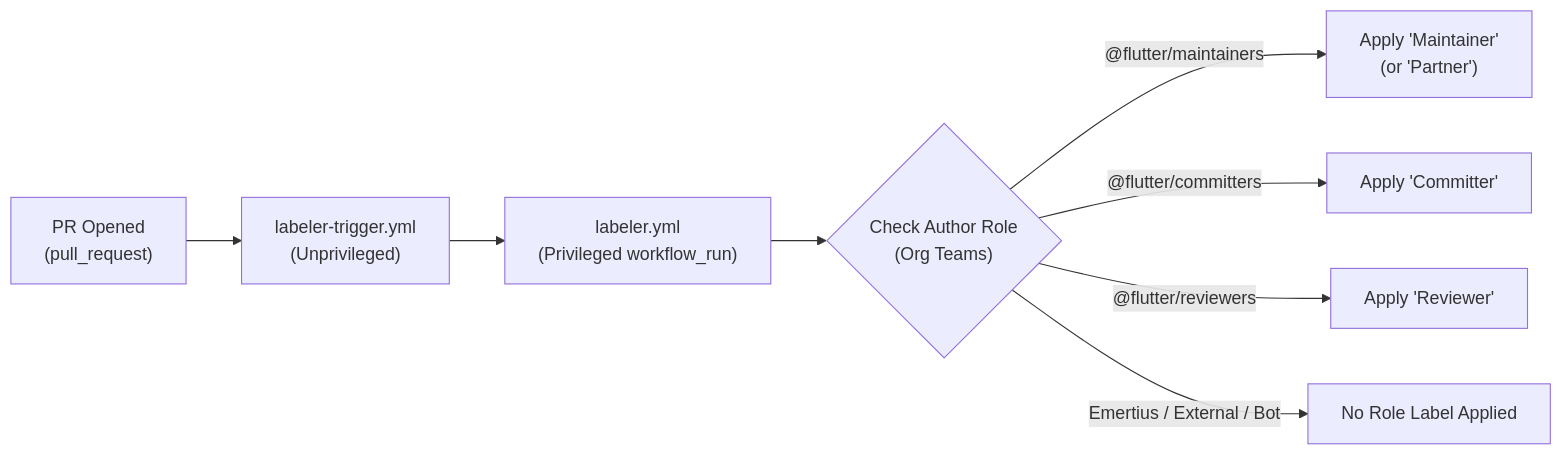
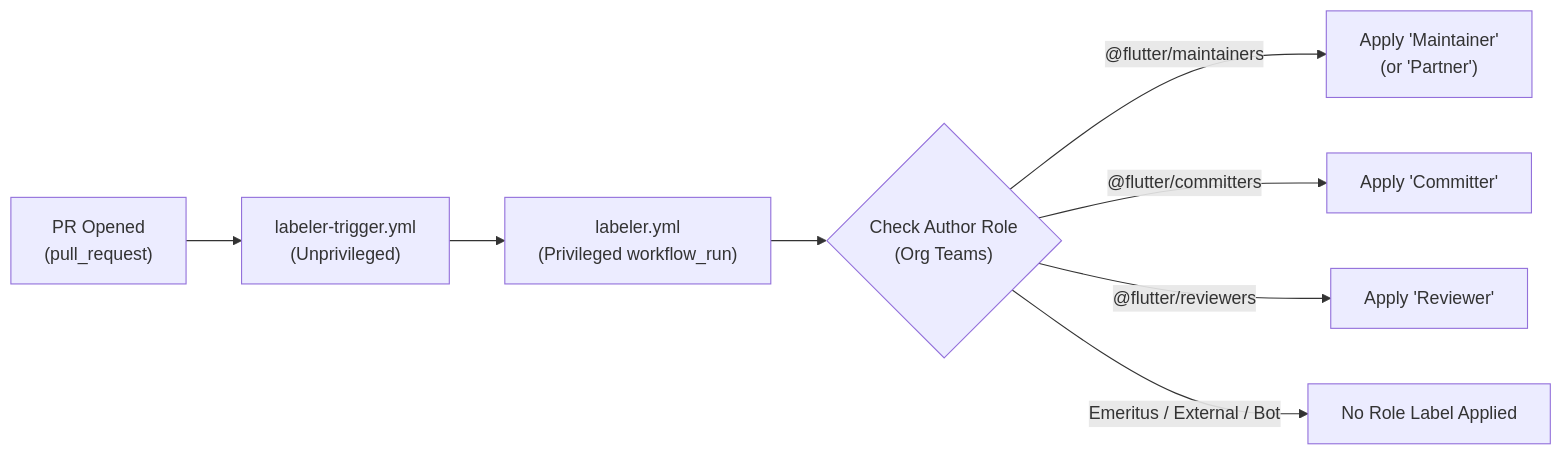
One commit to flutter/rfc changed the diagram in rfc/740.0000-contributor-ladder-role-labeling-on-pull-requests.md. Above: the diagram before and after it, drawn with Mermaid. The commit also changed other lines of this file, not shown here.

````diff
--- a/rfc/740.0000-contributor-ladder-role-labeling-on-pull-requests.md
+++ b/rfc/740.0000-contributor-ladder-role-labeling-on-pull-requests.md
@@ -70,10 +70,10 @@
 ```mermaid
 flowchart LR
     PR["PR Opened\n(pull_request)"] --> Trigger["labeler-trigger.yml\n(Unprivileged)"]
     Trigger --> Run["labeler.yml\n(Privileged workflow_run)"]
     Run --> Check{"Check Author Role\n(Org Teams)"}
     Check -->|"@flutter/maintainers"| L1["Apply 'Maintainer'\n(or 'Partner')"]
     Check -->|"@flutter/committers"| L2["Apply 'Committer'"]
     Check -->|"@flutter/reviewers"| L3["Apply 'Reviewer'"]
-    Check -->|"Emertius / External / Bot"| L4["No Role Label Applied"]
+    Check -->|"Emeritus / External / Bot"| L4["No Role Label Applied"]
 ```
````
